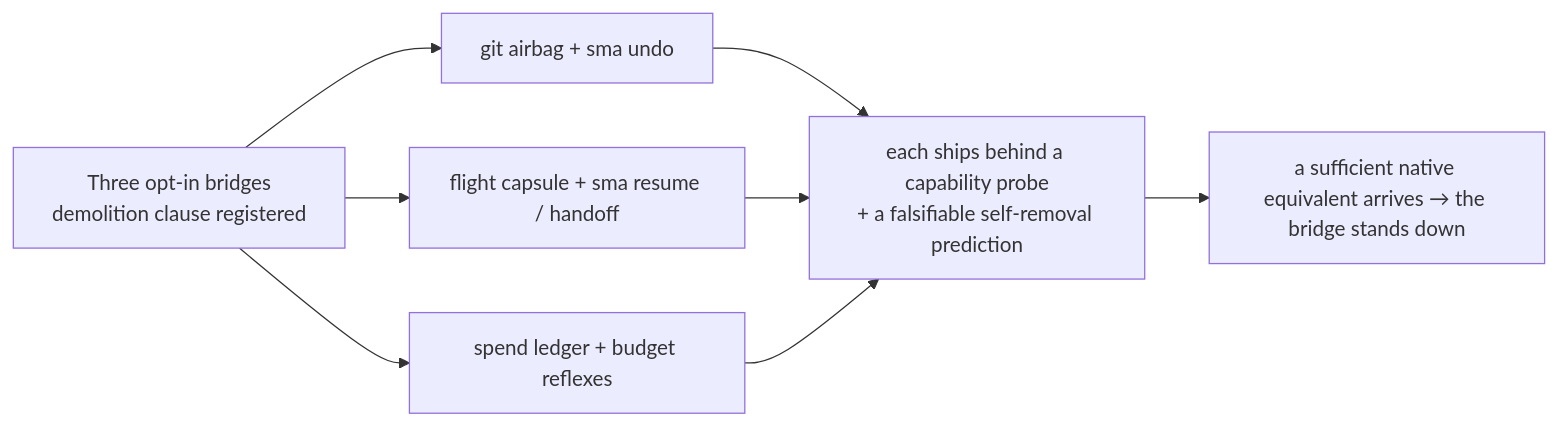
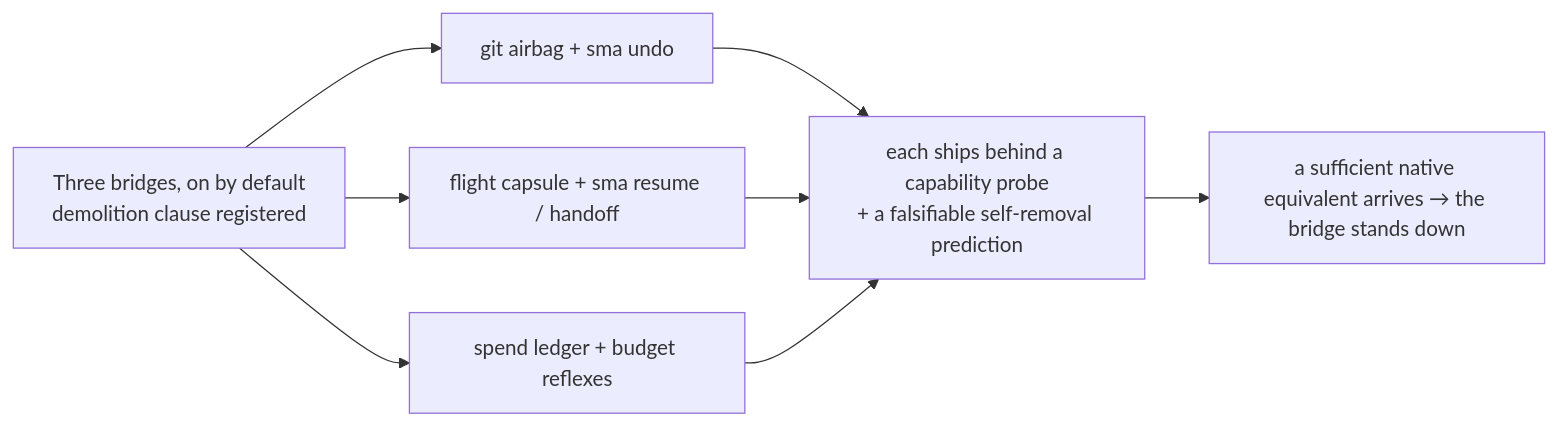
Before and after one commit to sma-framework/sma: diagram 20 of 24 in docs/DETAILS.md, drawn with Mermaid. The commit also changed other lines of this file and 1 other file, not shown here.

First line of the commit message:
docs(details): the bridges ship on, and the page stops calling them opt-in (EN+RU)

````diff
--- a/docs/DETAILS.md
+++ b/docs/DETAILS.md
@@ -1197,8 +1197,8 @@
 ```mermaid
 flowchart LR
-    B["Three opt-in bridges<br>demolition clause registered"] --> A1["git airbag + sma undo"]
+    B["Three bridges, on by default<br>demolition clause registered"] --> A1["git airbag + sma undo"]
     B --> A2["flight capsule + sma resume / handoff"]
     B --> A3["spend ledger + budget reflexes"]
     A1 & A2 & A3 --> DC["each ships behind a capability probe<br>+ a falsifiable self-removal prediction"]
     DC --> STAND["a sufficient native equivalent arrives → the bridge stands down"]
 ```
````
